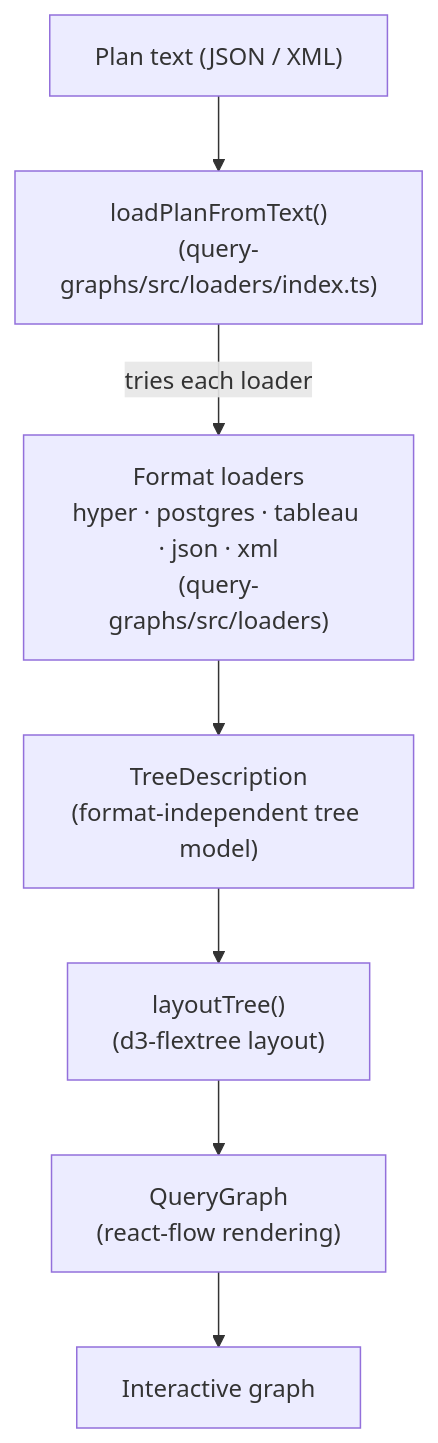
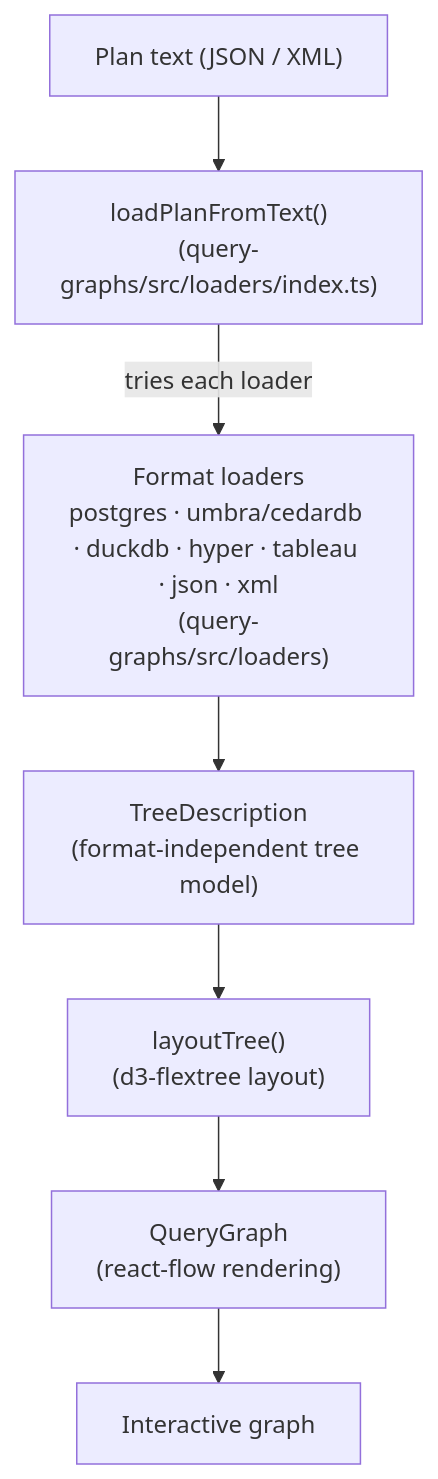
The diagram in docs/Architecture.md (tableau/query-graphs), drawn with Mermaid before and after one commit. The commit also changed 11 other files, not shown here.

````diff
--- a/docs/Architecture.md
+++ b/docs/Architecture.md
@@ -28,9 +28,9 @@
 ```mermaid
 flowchart TD
     text["Plan text (JSON / XML)"] --> dispatch["loadPlanFromText()<br/>(query-graphs/src/loaders/index.ts)"]
-    dispatch -->|tries each loader| loaders["Format loaders<br/>hyper · postgres · tableau · json · xml<br/>(query-graphs/src/loaders)"]
+    dispatch -->|tries each loader| loaders["Format loaders<br/>postgres · umbra/cedardb · duckdb · hyper · tableau · json · xml<br/>(query-graphs/src/loaders)"]
     loaders --> td["TreeDescription<br/>(format-independent tree model)"]
     td --> layout["layoutTree()<br/>(d3-flextree layout)"]
     layout --> render["QueryGraph<br/>(react-flow rendering)"]
     render --> ui["Interactive graph"]
 ```
````
